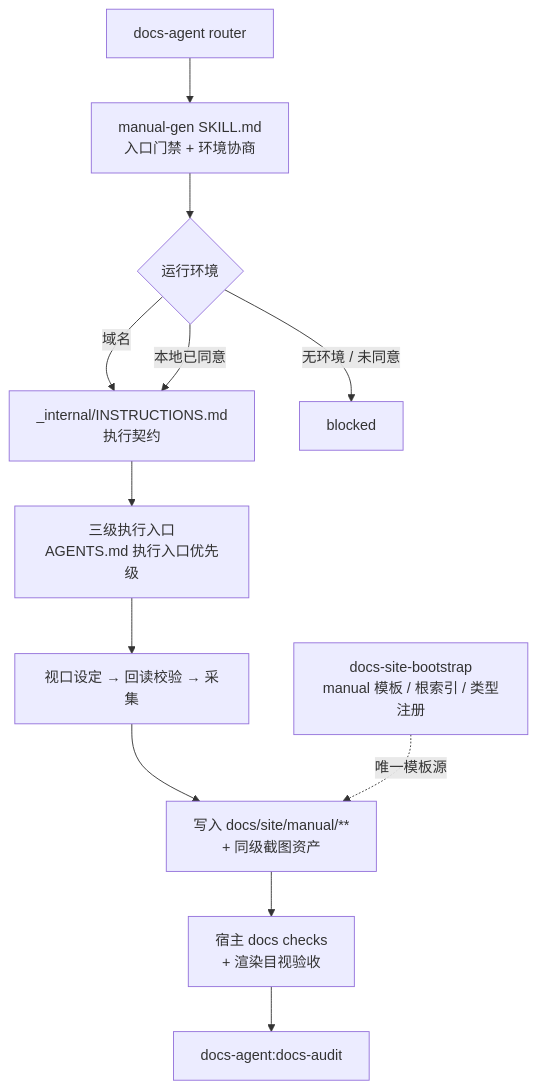
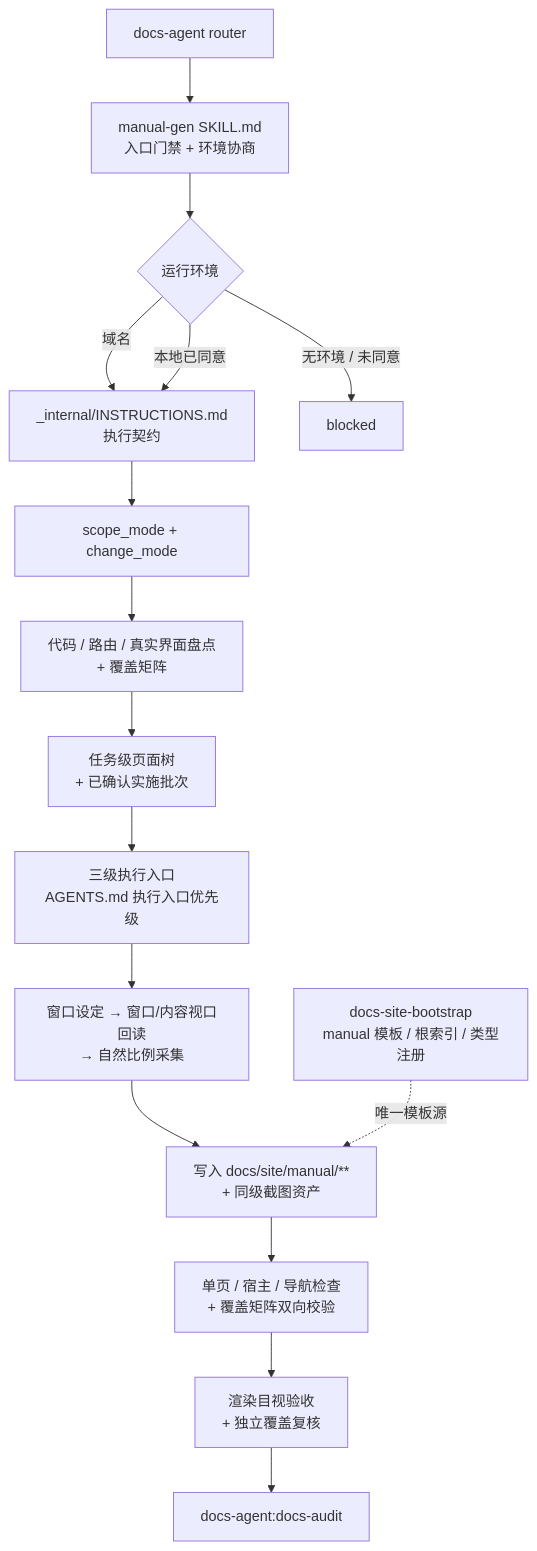
The diagram in docs/engineer/agents/docs-agent/manual-gen/TRD.md (Neplich/dev-agent-skills), drawn with Mermaid before and after one commit. The commit also changed other lines of this file and 9 other files, not shown here.

````diff
--- a/docs/engineer/agents/docs-agent/manual-gen/TRD.md
+++ b/docs/engineer/agents/docs-agent/manual-gen/TRD.md
@@ -66,14 +63,18 @@
 ```mermaid
 flowchart TB
     Router["docs-agent router"] --> Gate["manual-gen SKILL.md<br/>入口门禁 + 环境协商"]
     Gate --> Env{"运行环境"}
     Env -->|域名| Exec["_internal/INSTRUCTIONS.md<br/>执行契约"]
     Env -->|本地已同意| Exec
     Env -->|无环境 / 未同意| Blocked["blocked"]
-    Exec --> Entry["三级执行入口<br/>AGENTS.md 执行入口优先级"]
-    Entry --> Shot["视口设定 → 回读校验 → 采集"]
+    Exec --> Mode["scope_mode + change_mode"]
+    Mode --> Inventory["代码 / 路由 / 真实界面盘点<br/>+ 覆盖矩阵"]
+    Inventory --> Plan["任务级页面树<br/>+ 已确认实施批次"]
+    Plan --> Entry["三级执行入口<br/>AGENTS.md 执行入口优先级"]
+    Entry --> Shot["窗口设定 → 窗口/内容视口回读<br/>→ 自然比例采集"]
     Shot --> Write["写入 docs/site/manual/**<br/>+ 同级截图资产"]
-    Write --> Checks["宿主 docs checks<br/>+ 渲染目视验收"]
-    Checks --> Audit["docs-agent:docs-audit"]
+    Write --> Checks["单页 / 宿主 / 导航检查<br/>+ 覆盖矩阵双向校验"]
+    Checks --> Review["渲染目视验收<br/>+ 独立覆盖复核"]
+    Review --> Audit["docs-agent:docs-audit"]
     Tmpl["docs-site-bootstrap<br/>manual 模板 / 根索引 / 类型注册"] -.唯一模板源.-> Write
 ```
````
